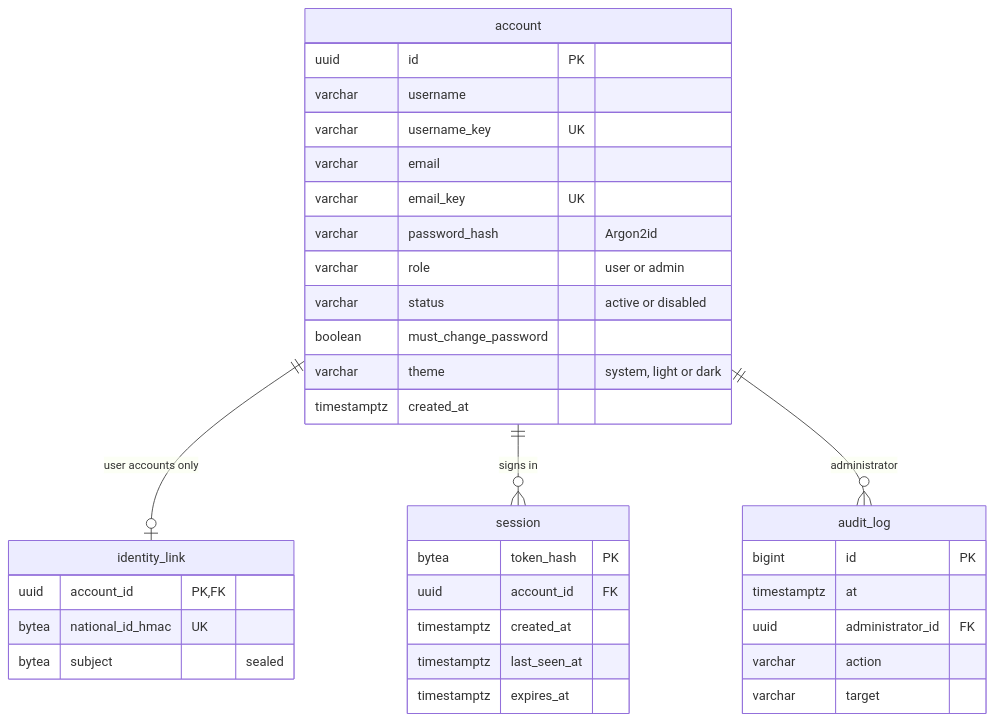
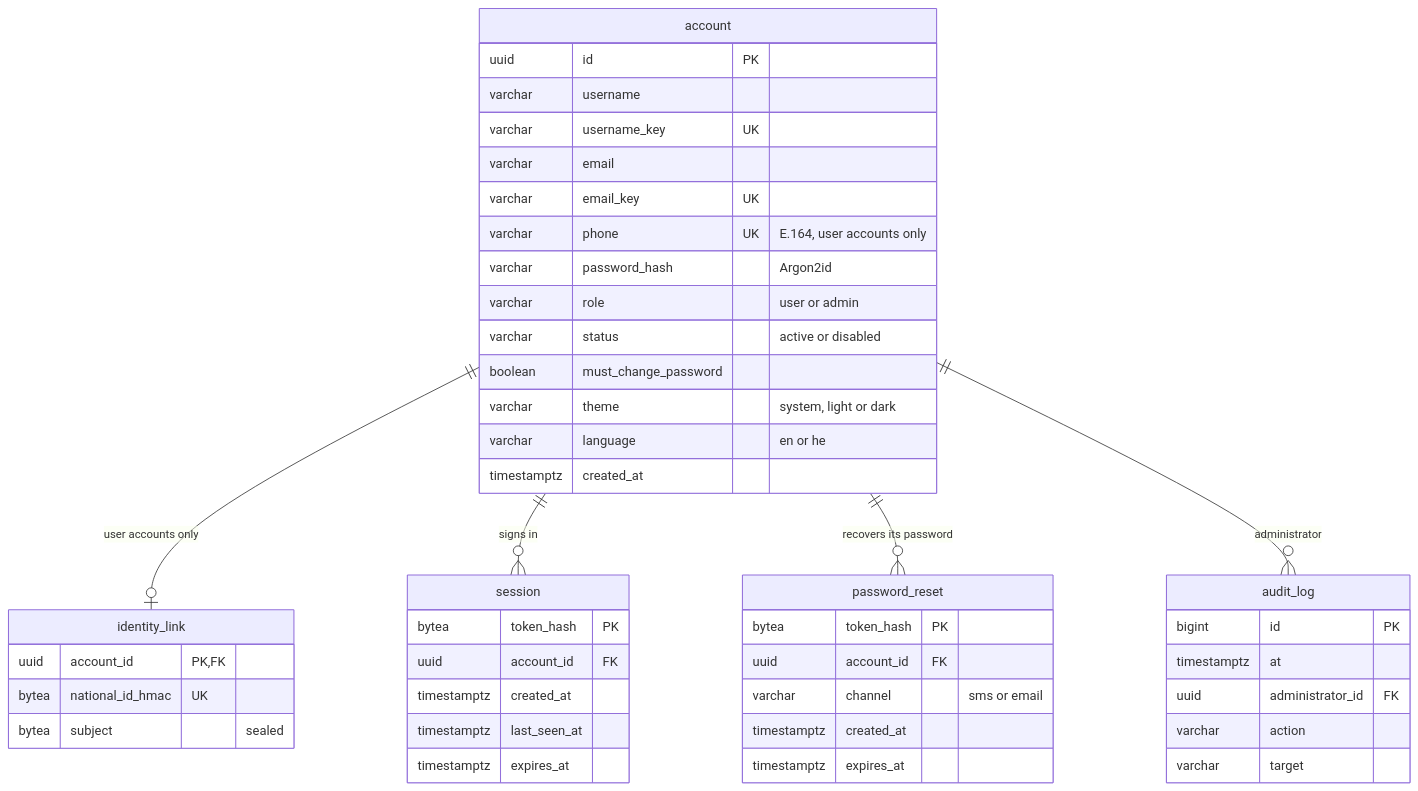
Before and after one commit to Mish2000/multimodal-biometric-system: the first of 2 diagrams in docs/data-model.md, drawn with Mermaid. The commit also changed other lines of this file and 44 other files, not shown here.

First line of the commit message:
Add the phone, password rules and meter, languages and password recovery (H29 to H32)

````diff
--- a/docs/data-model.md
+++ b/docs/data-model.md
@@ -39,38 +40,48 @@
 ```mermaid
 erDiagram
     account ||--o| identity_link : "user accounts only"
     account ||--o{ session : "signs in"
+    account ||--o{ password_reset : "recovers its password"
     account ||--o{ audit_log : "administrator"
     account {
         uuid id PK
         varchar username
         varchar username_key UK
         varchar email
         varchar email_key UK
+        varchar phone UK "E.164, user accounts only"
         varchar password_hash "Argon2id"
         varchar role "user or admin"
         varchar status "active or disabled"
         boolean must_change_password
         varchar theme "system, light or dark"
+        varchar language "en or he"
         timestamptz created_at
     }
     identity_link {
         uuid account_id PK, FK
         bytea national_id_hmac UK
         bytea subject "sealed"
     }
     session {
         bytea token_hash PK
         uuid account_id FK
         timestamptz created_at
         timestamptz last_seen_at
         timestamptz expires_at
     }
+    password_reset {
+        bytea token_hash PK
+        uuid account_id FK
+        varchar channel "sms or email"
+        timestamptz created_at
+        timestamptz expires_at
+    }
     audit_log {
         bigint id PK
         timestamptz at
         uuid administrator_id FK
         varchar action
         varchar target
     }
 ```
````
